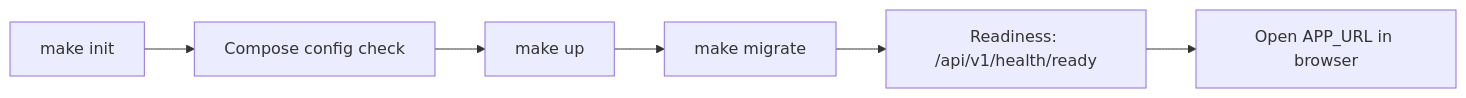
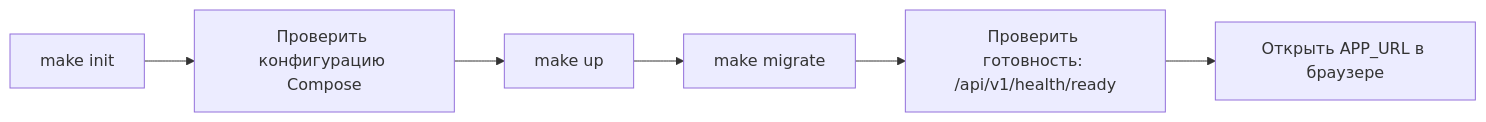
One commit to filatelist-hitech/CVortex changed the third of 4 diagrams in docs/00-Home/Process-Map.md. Above: the diagram before and after it, drawn with Mermaid. The commit also changed other lines of this file and 11 other files, not shown here.

````diff
--- a/docs/00-Home/Process-Map.md
+++ b/docs/00-Home/Process-Map.md
@@ -72,8 +72,8 @@
 ```mermaid
 flowchart LR
-  Init[make init] --> Config[Compose config check]
+  Init[make init] --> Config[Проверить конфигурацию Compose]
   Config --> Up[make up]
   Up --> Migrate[make migrate]
-  Migrate --> Ready[Readiness: /api/v1/health/ready]
-  Ready --> Browser[Open APP_URL in browser]
+  Migrate --> Ready[Проверить готовность: /api/v1/health/ready]
+  Ready --> Browser[Открыть APP_URL в браузере]
 ```
````
